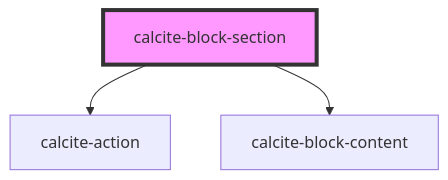
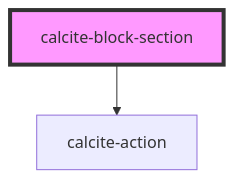
Before and after one commit to Esri/calcite-app-components: the diagram in src/components/calcite-block-section/readme.md, drawn with Mermaid. The commit also changed other lines of this file and 1 other file, not shown here.

````diff
--- a/src/components/calcite-block-section/readme.md
+++ b/src/components/calcite-block-section/readme.md
@@ -29,6 +28,5 @@
 ```mermaid
 graph TD;
   calcite-block-section --> calcite-action
-  calcite-block-section --> calcite-block-content
   style calcite-block-section fill:#f9f,stroke:#333,stroke-width:4px
 ```
````
